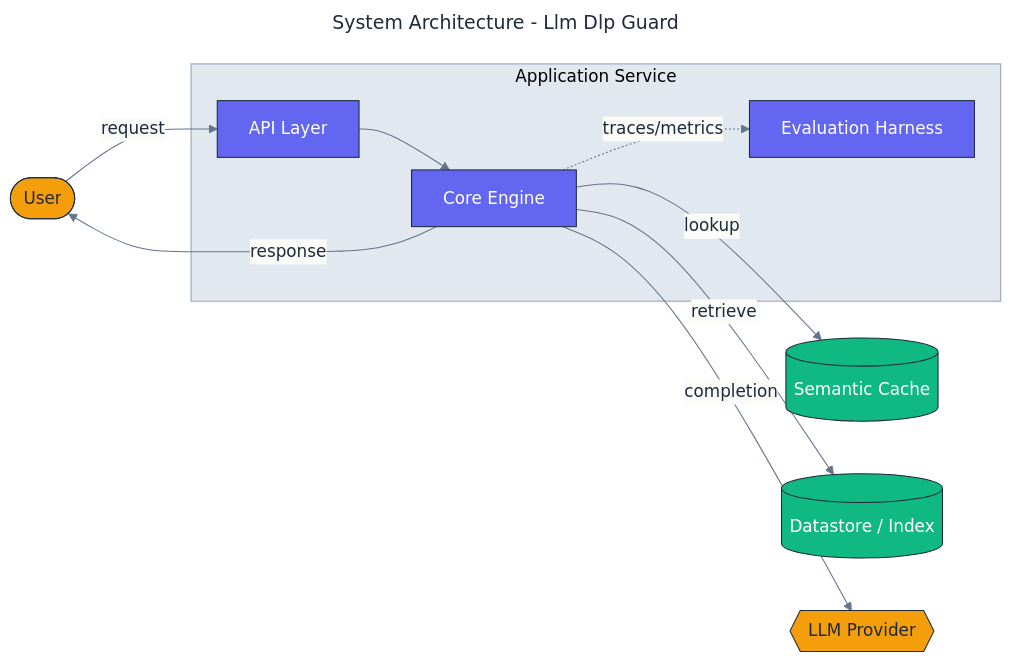
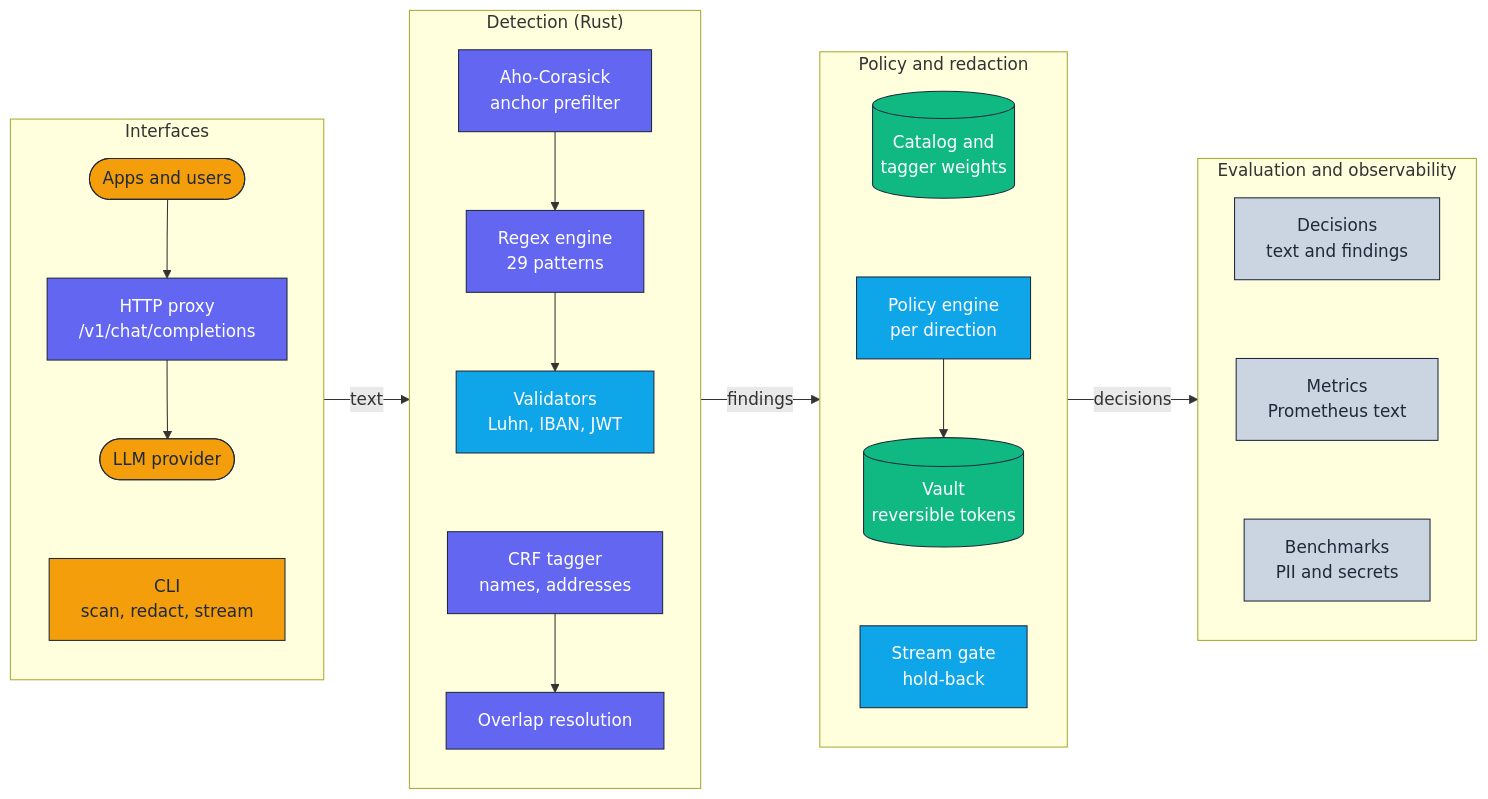
One commit to adeoluo/llm-dlp-guard changed the diagram in docs/architecture/architecture.mmd. Above: the diagram before and after it, drawn with Mermaid. The commit also changed 44 other files, not shown here.

First line of the commit message:
feat: evaluation benchmarks, docs and ADRs (#4)

```diff
--- a/docs/architecture/architecture.mmd
+++ b/docs/architecture/architecture.mmd
@@ -1,38 +1,46 @@
----
-title: System Architecture - Llm Dlp Guard
-config:
-  theme: base
-  themeVariables:
-    fontFamily: "Inter, system-ui, sans-serif"
-    primaryColor: "#F8FAFC"
-    primaryBorderColor: "#1E293B"
-    primaryTextColor: "#1E293B"
-    lineColor: "#64748B"
-    clusterBkg: "#E2E8F0"
-    clusterBorder: "#94A3B8"
----
 flowchart LR
+    classDef edge     fill:#F59E0B,stroke:#1E293B,color:#1E293B,stroke-width:1px;
     classDef core     fill:#6366F1,stroke:#1E293B,color:#ffffff,stroke-width:1px;
     classDef data     fill:#10B981,stroke:#1E293B,color:#ffffff,stroke-width:1px;
-    classDef external fill:#F59E0B,stroke:#1E293B,color:#1E293B,stroke-width:1px;
-    classDef danger   fill:#EF4444,stroke:#1E293B,color:#ffffff,stroke-width:1px;
+    classDef control  fill:#0EA5E9,stroke:#1E293B,color:#ffffff,stroke-width:1px;
+    classDef obs      fill:#CBD5E1,stroke:#1E293B,color:#1E293B,stroke-width:1px;
 
-    User([User]):::external
-
-    subgraph Application["Application Service"]
-        API[API Layer]:::core
-        Core[Core Engine]:::core
-        Evaluation[Evaluation Harness]:::core
+    subgraph Interfaces["Interfaces"]
+        direction TB
+        Clients([Apps and users]):::edge
+        CLI["CLI<br/>scan, redact, stream"]:::edge
+        Proxy["HTTP proxy<br/>/v1/chat/completions"]:::core
+        Provider(["LLM provider"]):::edge
+        Clients --> Proxy --> Provider ~~~ CLI
     end
 
-    Cache[(Semantic Cache)]:::data
-    Store[(Datastore / Index)]:::data
-    LLM{{LLM Provider}}:::external
+    subgraph Detect["Detection (Rust)"]
+        direction TB
+        Prefilter["Aho-Corasick<br/>anchor prefilter"]:::core
+        Regex["Regex engine<br/>29 patterns"]:::core
+        Validators["Validators<br/>Luhn, IBAN, JWT"]:::control
+        Tagger["CRF tagger<br/>names, addresses"]:::core
+        Resolve["Overlap resolution"]:::core
+        Prefilter --> Regex --> Validators ~~~ Tagger --> Resolve
+    end
 
-    User -->|request| API
-    API --> Core
-    Core -->|lookup| Cache
-    Core -->|retrieve| Store
-    Core -->|completion| LLM
-    Core -.->|traces/metrics| Evaluation
-    Core -->|response| User
+    subgraph Policy["Policy and redaction"]
+        direction TB
+        Catalog[("Catalog and<br/>tagger weights")]:::data
+        Rules["Policy engine<br/>per direction"]:::control
+        Vault[("Vault<br/>reversible tokens")]:::data
+        Stream["Stream gate<br/>hold-back"]:::control
+        Catalog ~~~ Rules --> Vault ~~~ Stream
+    end
+
+    subgraph Obs["Evaluation and observability"]
+        direction TB
+        Decisions["Decisions<br/>text and findings"]:::obs
+        Metrics["Metrics<br/>Prometheus text"]:::obs
+        Bench["Benchmarks<br/>PII and secrets"]:::obs
+        Decisions ~~~ Metrics ~~~ Bench
+    end
+
+    Interfaces -->|text| Detect
+    Detect -->|findings| Policy
+    Policy -->|decisions| Obs
```
